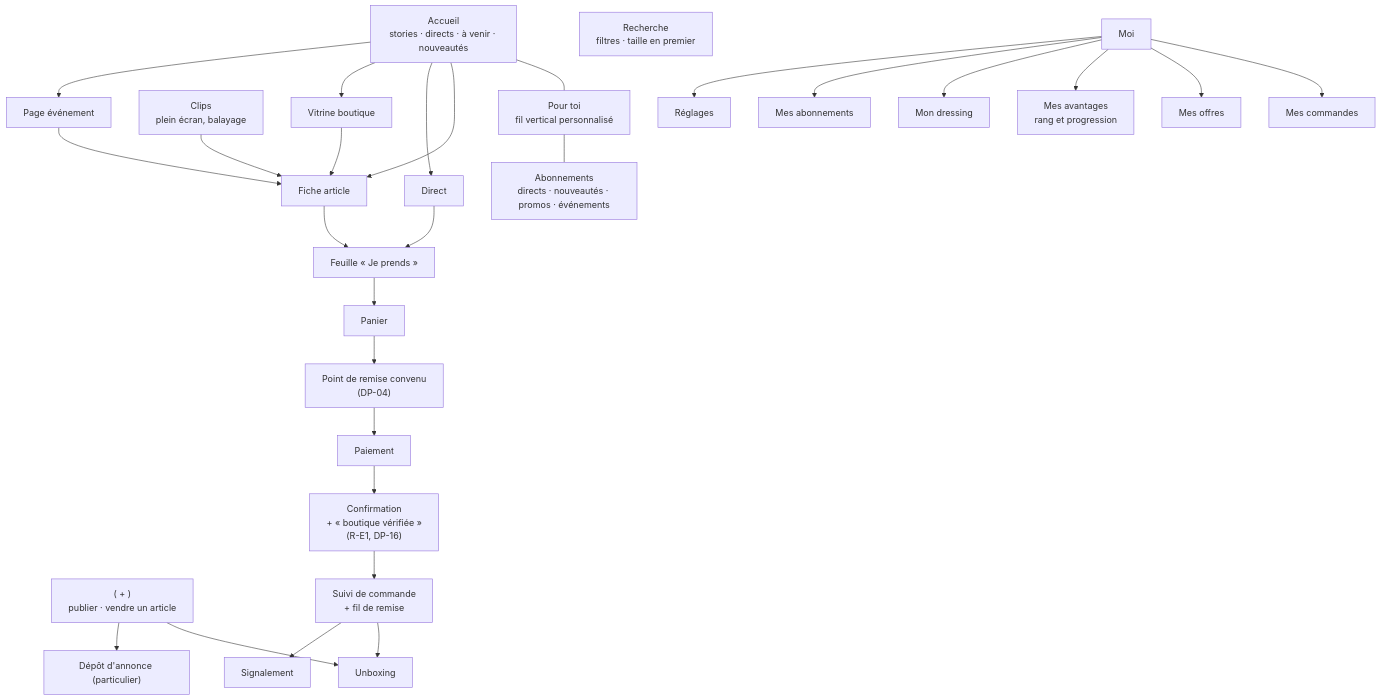
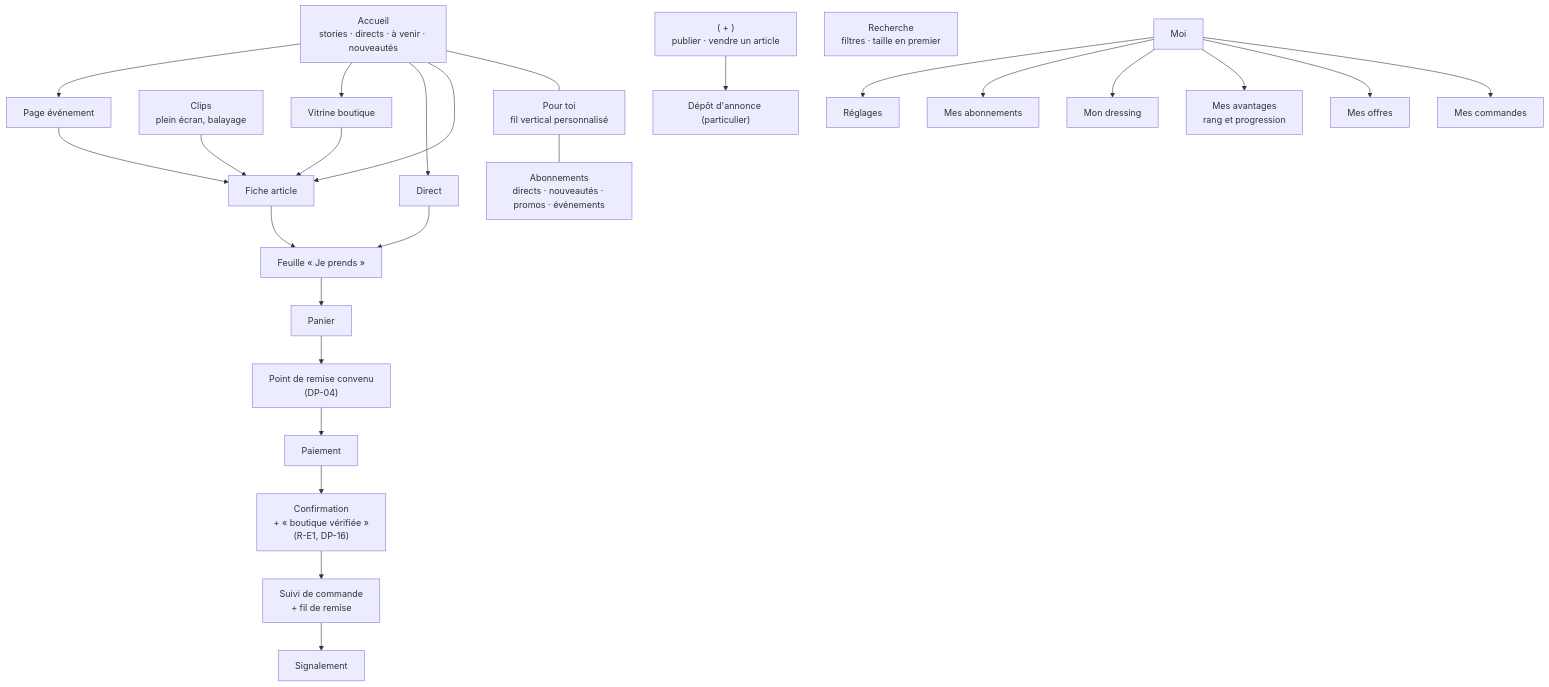
Before and after one commit to andokevin/jp: the third of 4 diagrams in docs/JP_CONCEPTION_APP.md, drawn with Mermaid. The commit also changed other lines of this file and 32 other files, not shown here.

````diff
--- a/docs/JP_CONCEPTION_APP.md
+++ b/docs/JP_CONCEPTION_APP.md
@@ -272,36 +272,34 @@
 ```mermaid
 flowchart TD
     ACC["Accueil<br/>stories · directs · à venir · nouveautés"]
     POUR["Pour toi<br/>fil vertical personnalisé"]
     ABO["Abonnements<br/>directs · nouveautés · promos · événements"]
     CLIPS["Clips<br/>plein écran, balayage"]
     PLUS["( + )<br/>publier · vendre un article"]
     RECH["Recherche<br/>filtres · taille en premier"]
     MOI["Moi"]
 
     ACC --- POUR --- ABO
     ACC --> FICHE["Fiche article"]
     ACC --> DIRECT["Direct"]
     ACC --> VIT["Vitrine boutique"]
     ACC --> EVT["Page événement"]
     CLIPS --> FICHE
     FICHE --> JEP["Feuille « Je prends »"]
     DIRECT --> JEP
     JEP --> PANIER["Panier"]
     PANIER --> LIVR["Point de remise convenu<br/>(DP-04)"]
     LIVR --> PAIE["Paiement"]
     PAIE --> CONF["Confirmation<br/>+ « boutique vérifiée »<br/>(R-E1, DP-16)"]
     CONF --> SUIVI["Suivi de commande<br/>+ fil de remise"]
-    SUIVI --> UNB["Unboxing"]
     SUIVI --> LITIGE["Signalement"]
-    PLUS --> UNB
     PLUS --> ANNONCE["Dépôt d'annonce (particulier)"]
     MOI --> CMDS["Mes commandes"]
     MOI --> OFFRES["Mes offres"]
     MOI --> AVANT["Mes avantages<br/>rang et progression"]
     MOI --> DRESS["Mon dressing"]
     MOI --> ABOS["Mes abonnements"]
     MOI --> REG["Réglages"]
     VIT --> FICHE
     EVT --> FICHE
 ```
````
